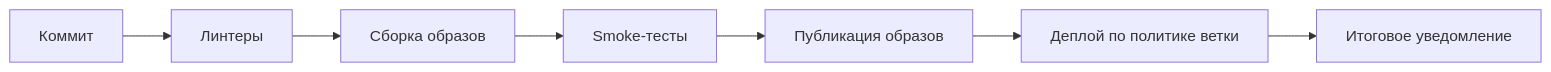
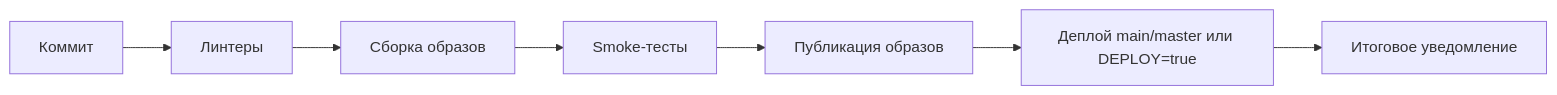
Before and after one commit to VBaltser/InvestHelper: the second of 2 diagrams in README.md, drawn with Mermaid. The commit also changed other lines of this file and 1 other file, not shown here.

````diff
--- a/README.md
+++ b/README.md
@@ -215,9 +215,9 @@
 ```mermaid
 flowchart LR
     Git[Коммит] --> Lint[Линтеры]
     Lint --> Build[Сборка образов]
     Build --> Test[Smoke-тесты]
     Test --> Registry[Публикация образов]
-    Registry --> Deploy[Деплой по политике ветки]
+    Registry --> Deploy[Деплой main/master или DEPLOY=true]
     Deploy --> Telegram[Итоговое уведомление]
 ```
````
